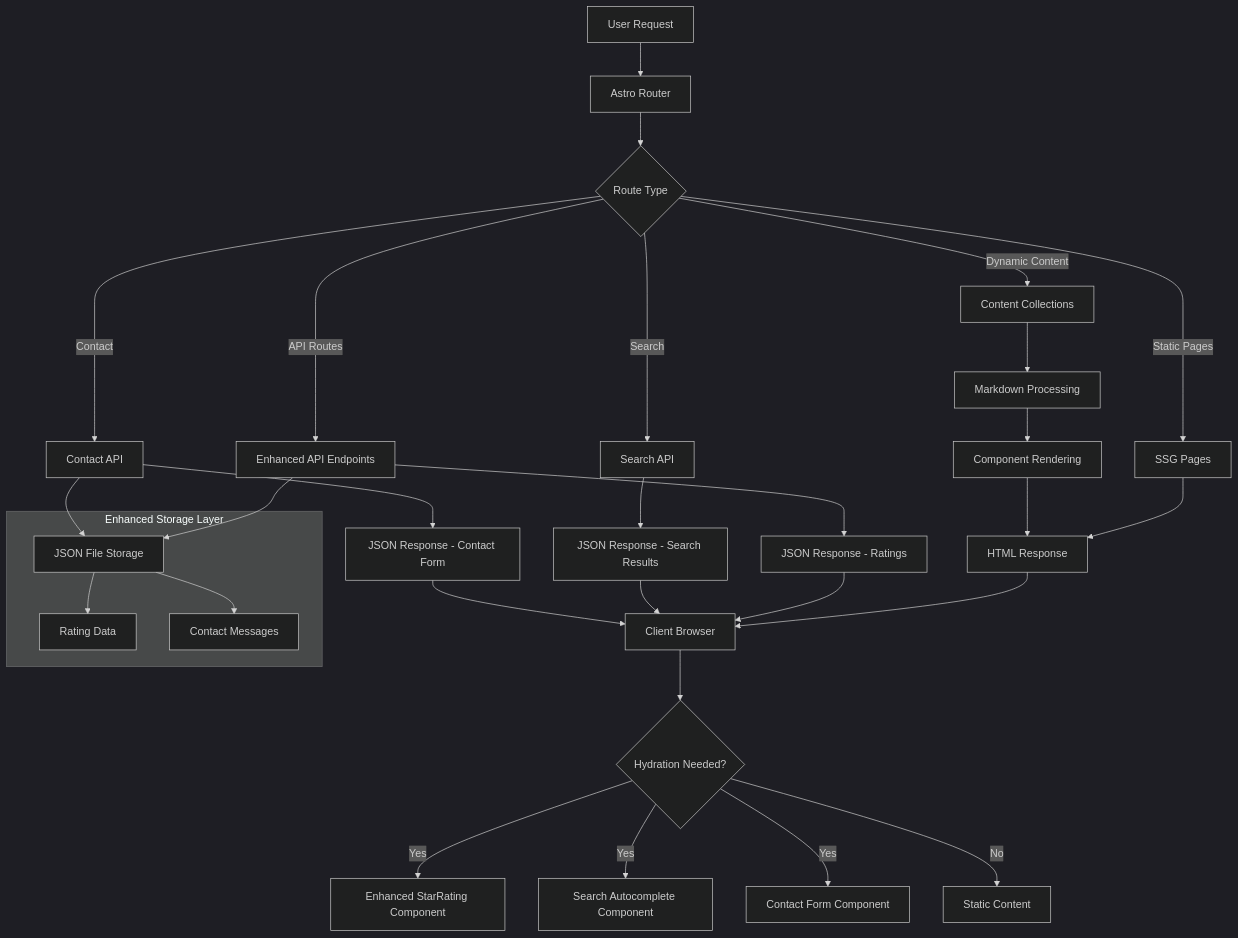
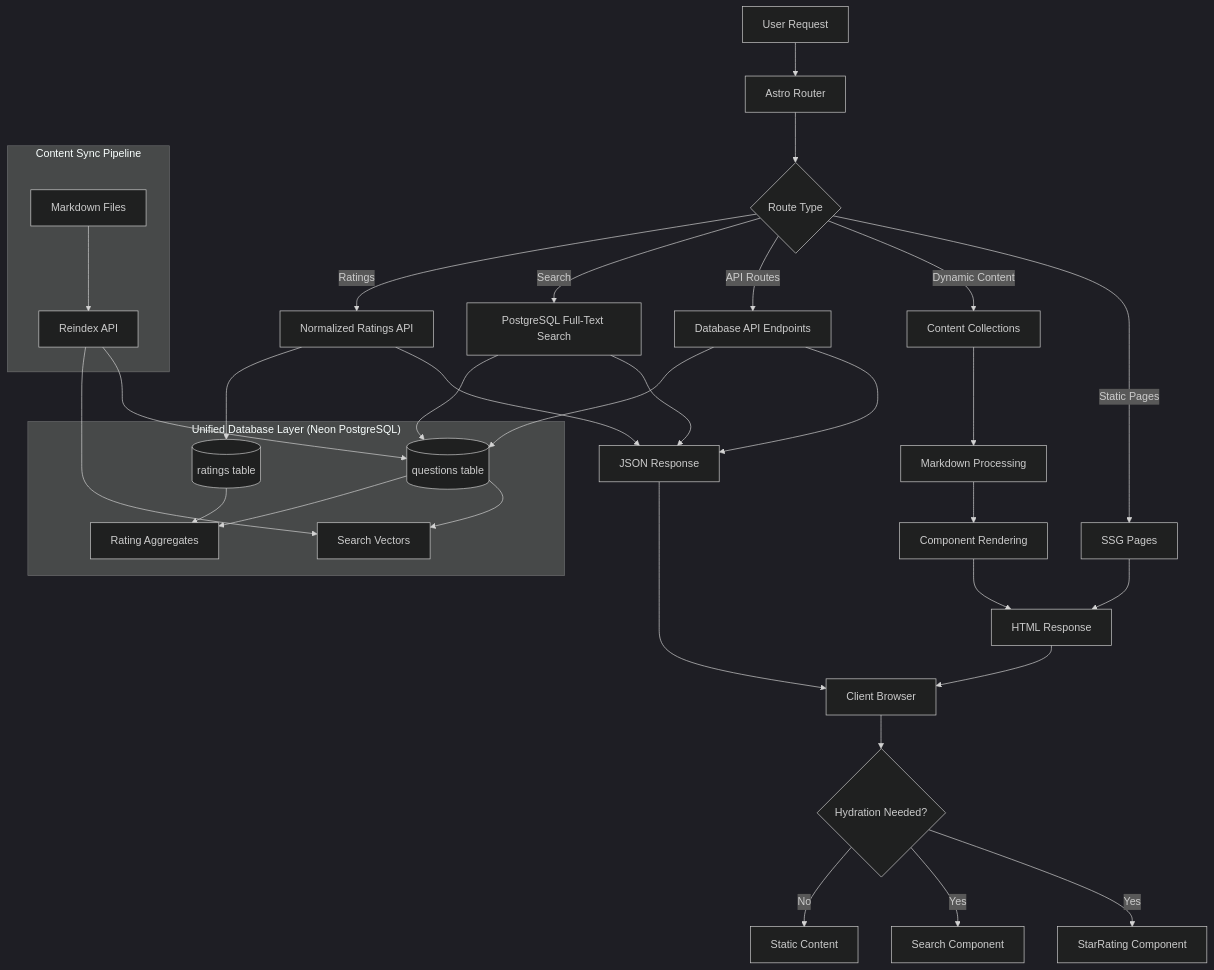
The diagram in .kiro/specs/arabic-qa-enhancements/design.md (Mr-Yacin/qa-website-arabic), drawn with Mermaid (dark theme) before and after one commit. The commit also changed other lines of this file and 2 other files, not shown here.

First line of the commit message:
feat(data-model): Implement unified PostgreSQL database architecture for Arabic Q&A

````diff
--- a/.kiro/specs/arabic-qa-enhancements/design.md
+++ b/.kiro/specs/arabic-qa-enhancements/design.md
@@ -13,41 +13,48 @@
 ```mermaid
 graph TB
     A[User Request] --> B[Astro Router]
     B --> C{Route Type}
     C -->|Static Pages| D[SSG Pages]
     C -->|Dynamic Content| E[Content Collections]
-    C -->|API Routes| F[Enhanced API Endpoints]
-    C -->|Search| G[Search API]
-    C -->|Contact| H[Contact API]
+    C -->|API Routes| F[Database API Endpoints]
+    C -->|Search| G[PostgreSQL Full-Text Search]
+    C -->|Ratings| H[Normalized Ratings API]
 
     D --> I[HTML Response]
     E --> J[Markdown Processing]
     J --> K[Component Rendering]
     K --> I
 
-    F --> L[JSON Response - Ratings]
-    G --> M[JSON Response - Search Results]
-    H --> N[JSON Response - Contact Form]
+    F --> L[JSON Response]
+    G --> L
+    H --> L
 
-    I --> O[Client Browser]
-    L --> O
-    M --> O
-    N --> O
+    I --> M[Client Browser]
+    L --> M
 
-    O --> P{Hydration Needed?}
-    P -->|Yes| Q[Enhanced StarRating Component]
-    P -->|Yes| R[Search Autocomplete Component]
-    P -->|Yes| S[Contact Form Component]
-    P -->|No| T[Static Content]
+    M --> N{Hydration Needed?}
+    N -->|Yes| O[StarRating Component]
+    N -->|Yes| P[Search Component]
+    N -->|No| Q[Static Content]
 
-    subgraph "Enhanced Storage Layer"
-        U[JSON File Storage]
-        V[Rating Data]
-        W[Contact Messages]
+    subgraph "Unified Database Layer (Neon PostgreSQL)"
+        R[(questions table)]
+        S[(ratings table)]
+        T[Search Vectors]
+        U[Rating Aggregates]
+        
+        R --> T
+        R --> U
+        S --> U
     end
 
-    F --> U
-    H --> U
-    U --> V
-    U --> W
+    F --> R
+    G --> R
+    H --> S
+    
+    subgraph "Content Sync Pipeline"
+        V[Markdown Files] --> W[Reindex API]
+        W --> R
+        W --> T
+    end
 ```
````
